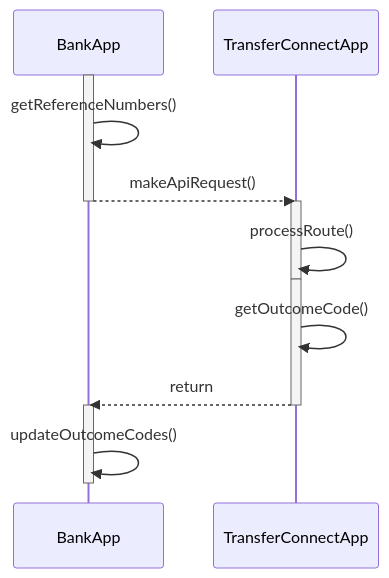
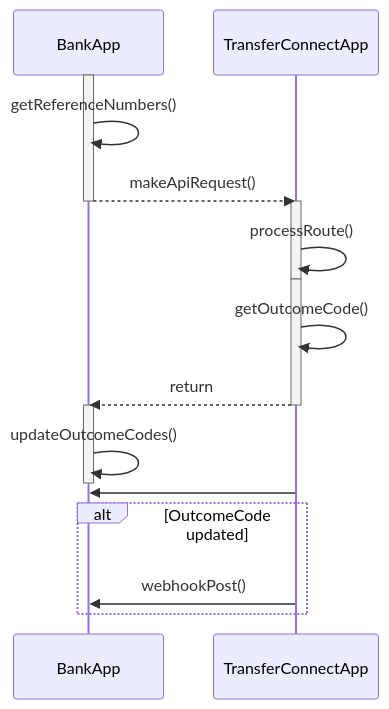
Diagram 14 of 16 in UML Class Diagrams/mvcClass.md (Sean2309/50.003_ESC_Project), drawn with Mermaid before and after one commit. The commit also changed other lines of this file and 1 other file, not shown here.

Commit message:
chore: added webhook diagrams

````diff
--- a/UML Class Diagrams/mvcClass.md
+++ b/UML Class Diagrams/mvcClass.md
@@ -398,18 +457,24 @@
 ```mermaid
 
 sequenceDiagram
     activate BankApp
     BankApp ->> BankApp: getReferenceNumbers()
     BankApp -->> TransferConnectApp: makeApiRequest()
     deactivate BankApp
     activate TransferConnectApp
     TransferConnectApp ->> TransferConnectApp: processRoute()
     deactivate TransferConnectApp
     activate TransferConnectApp
     TransferConnectApp ->> TransferConnectApp: getOutcomeCode()
     TransferConnectApp -->> BankApp: return
     deactivate TransferConnectApp
     activate BankApp
     BankApp ->> BankApp: updateOutcomeCodes()
     deactivate BankApp
+
+    TransferConnectApp->>BankApp: 
+    alt OutcomeCode updated
+    TransferConnectApp->>BankApp: webhookPost()
+    end
+    
 ```
````
